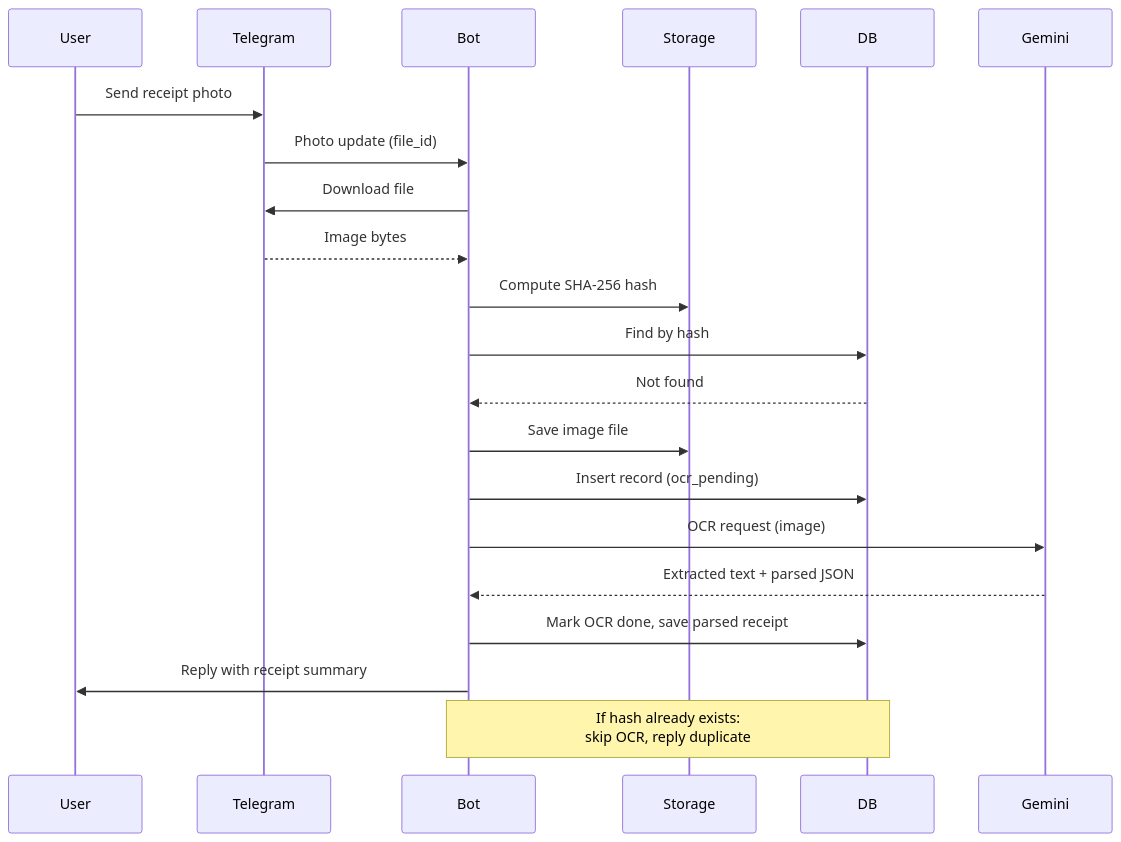
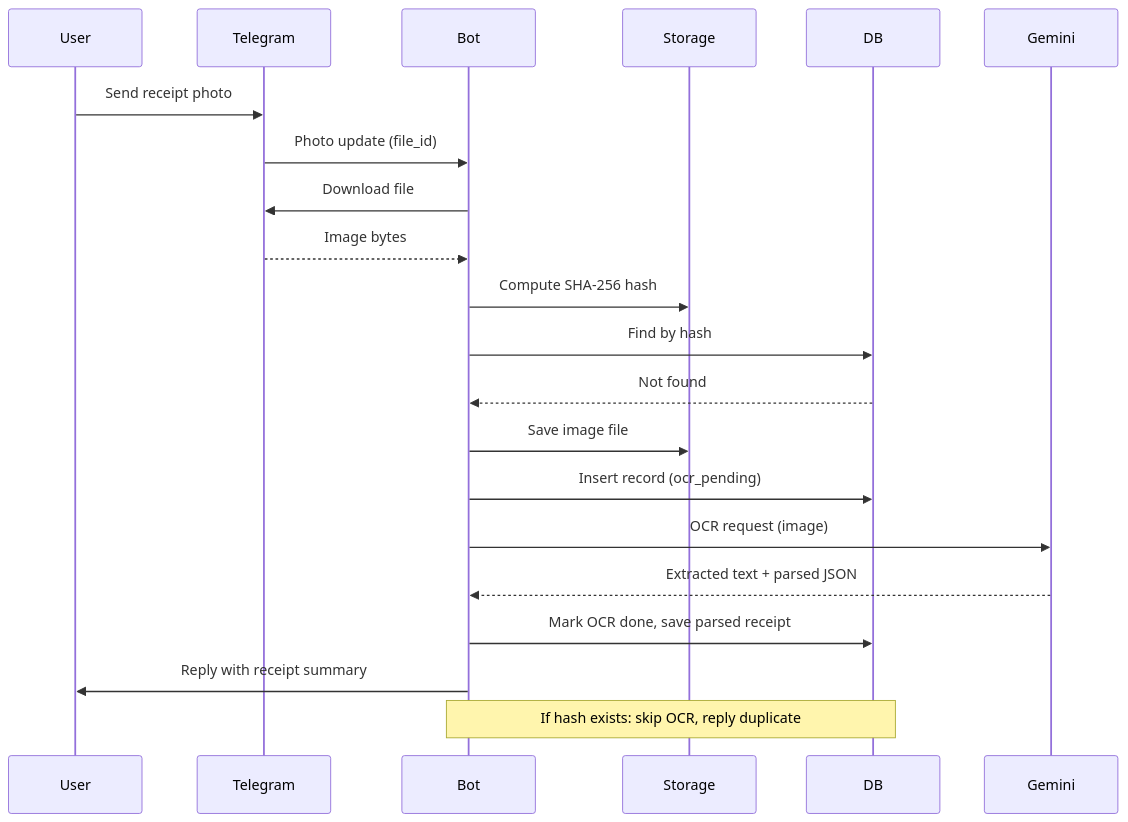
One commit to yfozekosh/kaufbot changed the diagram in README.md. Above: the diagram before and after it, drawn with Mermaid. The commit also changed 2 other files, not shown here.

Commit message:
fix: remove br tags from mermaid diagrams for GitHub compatibility

````diff
--- a/README.md
+++ b/README.md
@@ -37,24 +37,24 @@
 ```mermaid
 sequenceDiagram
     participant User
     participant Telegram
     participant Bot
     participant Storage
     participant DB
     participant Gemini
 
     User->>Telegram: Send receipt photo
     Telegram->>Bot: Photo update (file_id)
     Bot->>Telegram: Download file
     Telegram-->>Bot: Image bytes
     Bot->>Storage: Compute SHA-256 hash
     Bot->>DB: Find by hash
     DB-->>Bot: Not found
     Bot->>Storage: Save image file
     Bot->>DB: Insert record (ocr_pending)
     Bot->>Gemini: OCR request (image)
     Gemini-->>Bot: Extracted text + parsed JSON
     Bot->>DB: Mark OCR done, save parsed receipt
     Bot->>User: Reply with receipt summary
-    Note over Bot,DB: If hash already exists:<br/>skip OCR, reply duplicate
+    Note over Bot,DB: If hash exists: skip OCR, reply duplicate
 ```
````
